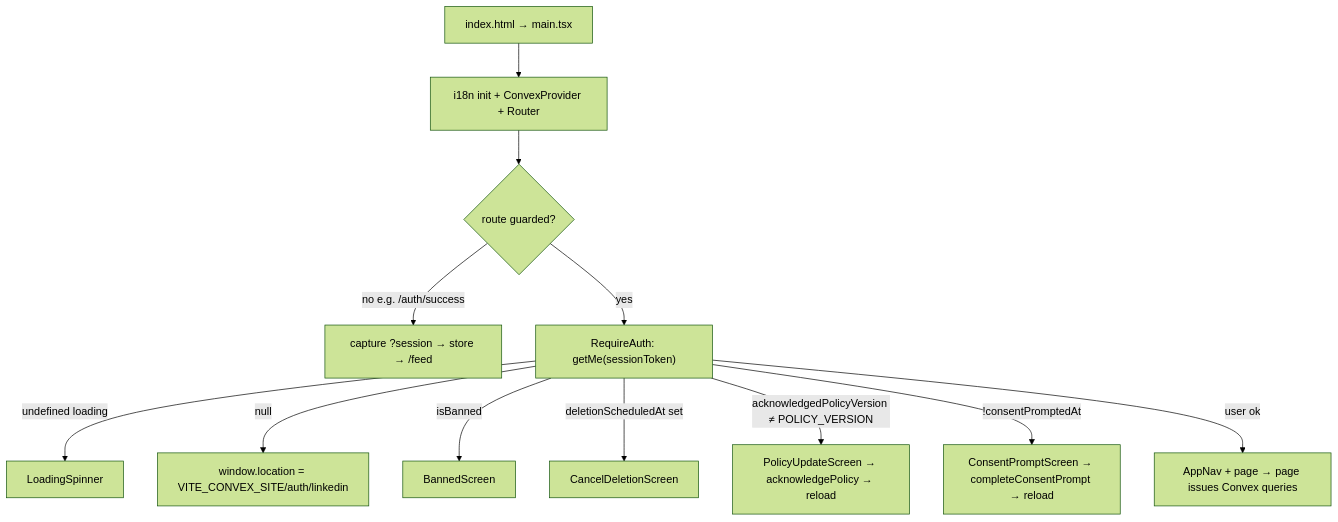
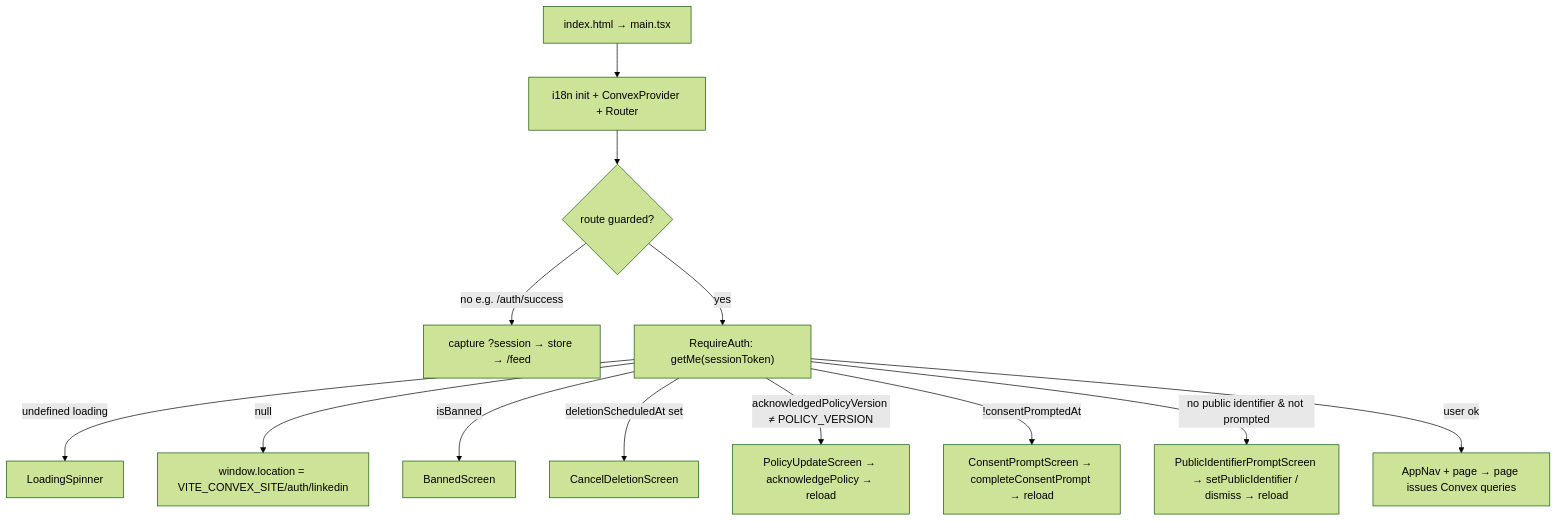
Before and after one commit to henriko202/glowing-octo-guide: diagram 16 of 16 in docs/PLATFORM.md, drawn with Mermaid (forest theme). The commit also changed other lines of this file and 25 other files, not shown here.

````diff
--- a/docs/PLATFORM.md
+++ b/docs/PLATFORM.md
@@ -1233,14 +1252,15 @@
 ```mermaid
 flowchart TD
   L["index.html → main.tsx"] --> I["i18n init + ConvexProvider + Router"]
   I --> RT{"route guarded?"}
   RT -->|no e.g. /auth/success| LAND["capture ?session → store → /feed"]
   RT -->|yes| RA["RequireAuth: getMe(sessionToken)"]
   RA -->|undefined loading| SP["LoadingSpinner"]
   RA -->|null| OAUTH["window.location = VITE_CONVEX_SITE/auth/linkedin"]
   RA -->|isBanned| BAN["BannedScreen"]
   RA -->|deletionScheduledAt set| CDEL["CancelDeletionScreen"]
   RA -->|"acknowledgedPolicyVersion ≠ POLICY_VERSION"| RECON["PolicyUpdateScreen → acknowledgePolicy → reload"]
   RA -->|"!consentPromptedAt"| CONSENT["ConsentPromptScreen → completeConsentPrompt → reload"]
+  RA -->|"no public identifier & not prompted"| PID["PublicIdentifierPromptScreen → setPublicIdentifier / dismiss → reload"]
   RA -->|user ok| SHELL["AppNav + page → page issues Convex queries"]
 ```
````
